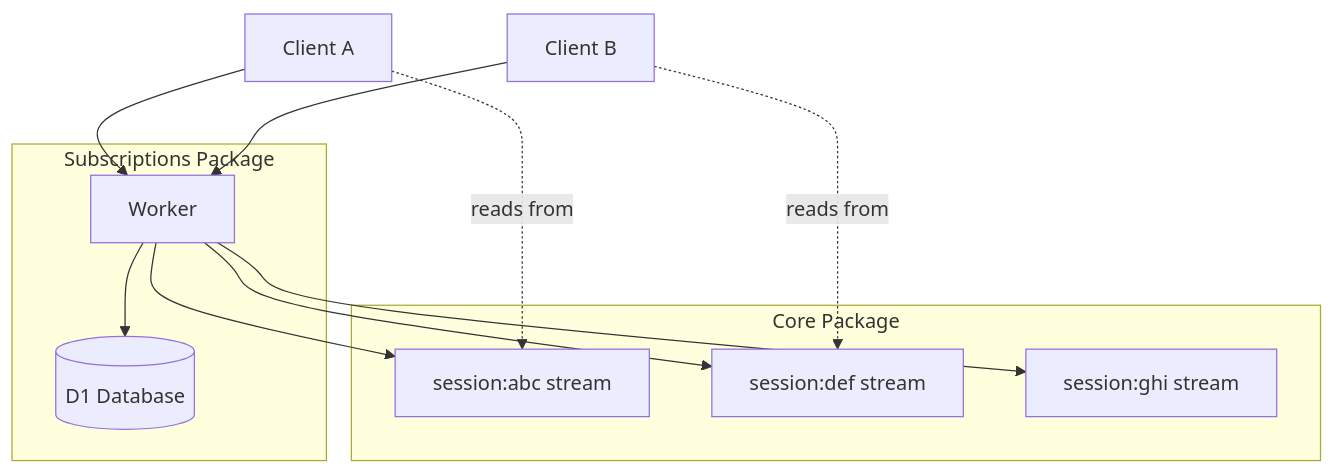
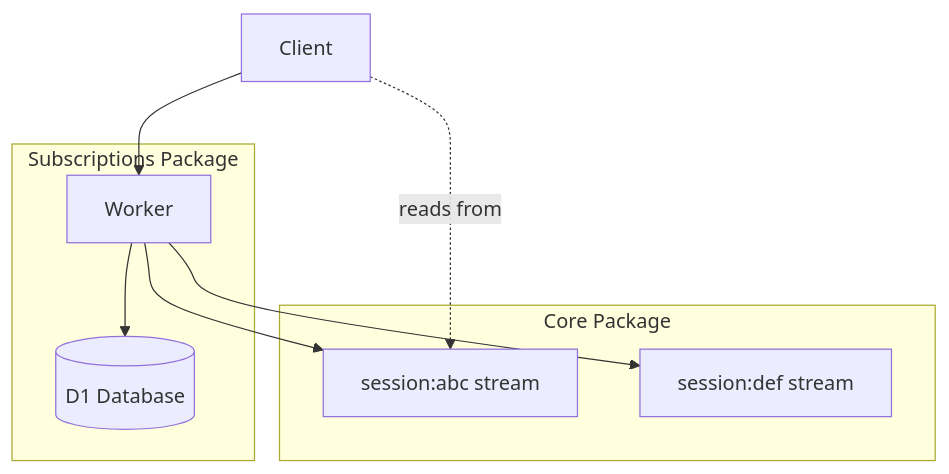
One commit to commoncurriculum/durable-streams-cloudflare changed the first of 3 diagrams in packages/durable-stream-subscriptions/docs/walkthrough.md. Above: the diagram before and after it, drawn with Mermaid. The commit also changed other lines of this file and 2 other files, not shown here.

````diff
--- a/packages/durable-stream-subscriptions/docs/walkthrough.md
+++ b/packages/durable-stream-subscriptions/docs/walkthrough.md
@@ -152,22 +90,18 @@
 ```mermaid
 flowchart TB
     subgraph Subscriptions Package
         D1[(D1 Database)]
         W[Worker]
     end
 
     subgraph Core Package
         SS1[session:abc stream]
         SS2[session:def stream]
-        SS3[session:ghi stream]
     end
 
-    Client1[Client A] --> W
-    Client2[Client B] --> W
+    Client --> W
     W --> D1
     W --> SS1
     W --> SS2
-    W --> SS3
-    Client1 -.->|reads from| SS1
-    Client2 -.->|reads from| SS2
+    Client -.->|reads from| SS1
 ```
````
